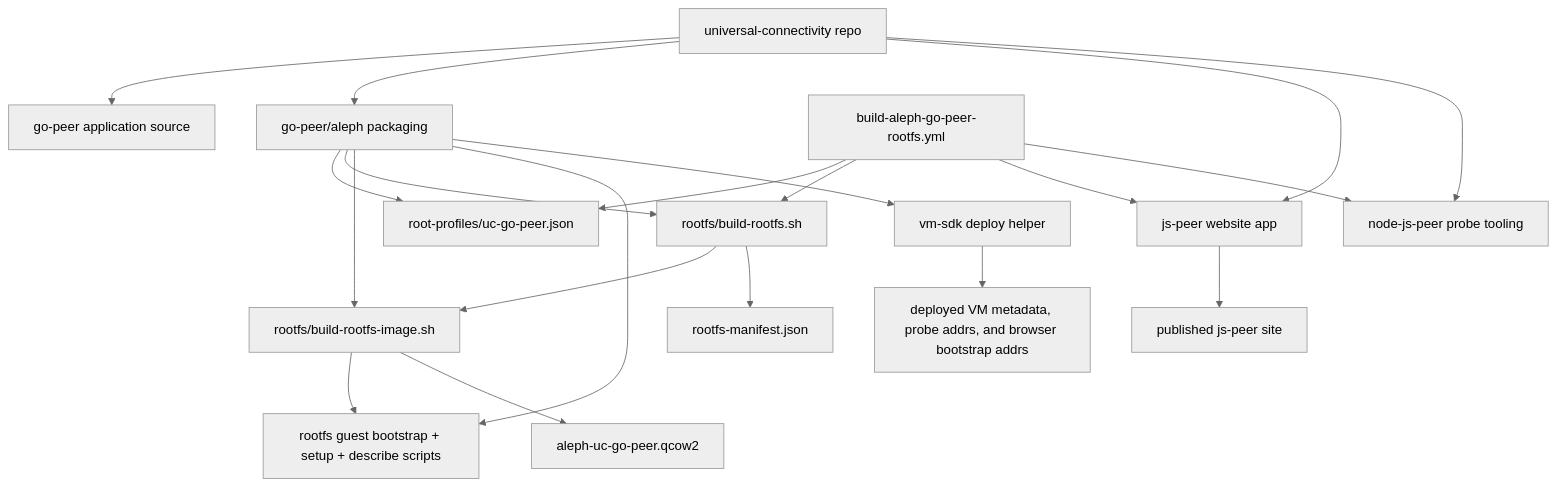
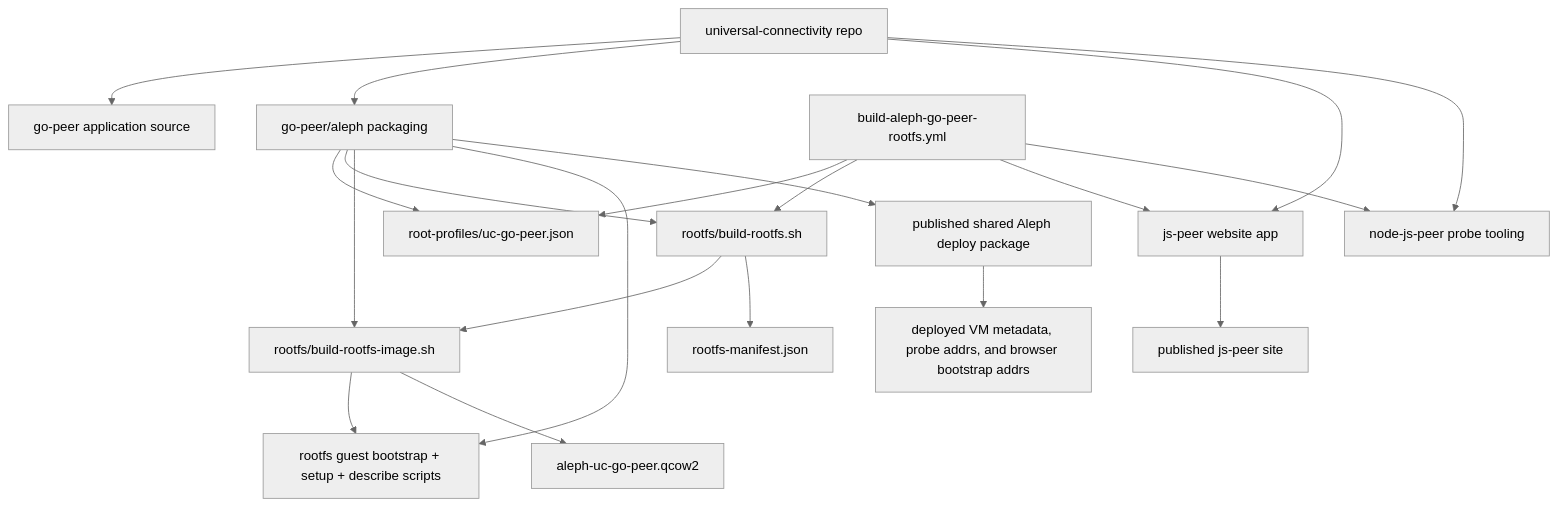
The first of 7 diagrams in go-peer/aleph/README.md (Le-Space/universal-connectivity), drawn with Mermaid (neutral theme) before and after one commit. The commit also changed other lines of this file and 7 other files, not shown here.

Commit message:
refactor: consume published shared aleph tooling in UC

````diff
--- a/go-peer/aleph/README.md
+++ b/go-peer/aleph/README.md
@@ -34,24 +44,24 @@
 ```mermaid
 flowchart TD
     A[universal-connectivity repo] --> B[go-peer application source]
     A --> C[go-peer/aleph packaging]
     A --> D[js-peer website app]
     A --> E[node-js-peer probe tooling]
 
     C --> F[root-profiles/uc-go-peer.json]
     C --> G[rootfs/build-rootfs.sh]
     C --> H[rootfs/build-rootfs-image.sh]
     C --> I[rootfs guest bootstrap + setup + describe scripts]
-    C --> J[vm-sdk deploy helper]
+    C --> J[published shared Aleph deploy package]
 
     K[build-aleph-go-peer-rootfs.yml] --> F
     K --> G
     K --> D
     K --> E
     G --> H
     H --> I
     H --> L[aleph-uc-go-peer.qcow2]
     G --> M[rootfs-manifest.json]
     J --> N[deployed VM metadata, probe addrs, and browser bootstrap addrs]
     D --> O[published js-peer site]
 ```
````
